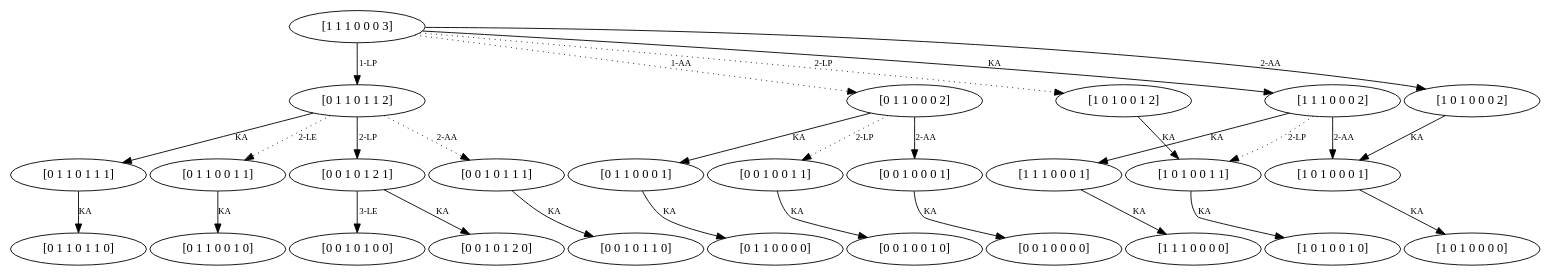
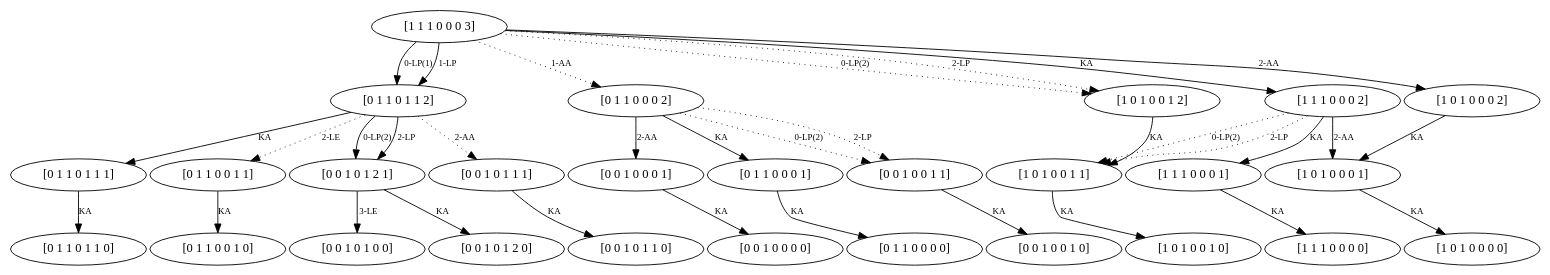
Before and after one commit to rb4k/MA-DP: the diagram in Bilder/beispiel9.gv, drawn with Graphviz. The commit also changed 7 other files, not shown here.

```diff
--- a/Bilder/beispiel9.gv
+++ b/Bilder/beispiel9.gv
@@ -12,7 +12,7 @@
 		stock="[0 1 1]",
 		time=1,
 		value=0.0];
-	521 -> 520 [key=0,
+	521 -> 520 [key=KA,
 	goal="[0 1 1 0 1 1 0]",
 	label=KA,
 	modus=KA,
@@ -24,8 +24,8 @@
 	label="[0 1 1 0 1 1 2]",
 	stock="[0 1 1]",
 	time=2,
-	value=450.0];
-522 -> 521 [key=0,
+	value=1050.0];
+522 -> 521 [key=KA,
 goal="[0 1 1 0 1 1 1]",
 label=KA,
 modus=KA,
@@ -52,6 +52,14 @@
 stock="[0 1 2]",
 time=1,
 value=1500.0];
+522 -> 733 [key=0,
+goal="[0 0 1 0 1 2 1]",
+label="0-LP(2)",
+modus=LP,
+revenue=0,
+time=2,
+weight=1500.0,
+weight_goal=1500.0];
 522 -> 733 [key=2,
 goal="[0 0 1 0 1 2 1]",
 label="2-LP",
@@ -79,7 +87,7 @@
 stock="[0 0 1]",
 time=0,
 value=0.0];
-533 -> 532 [key=0,
+533 -> 532 [key=KA,
 goal="[0 1 1 0 0 1 0]",
 label=KA,
 modus=KA,
@@ -87,12 +95,141 @@
 time=1,
 weight=0,
 weight_goal=0.0];
+536 [capacity="[0 1 1]",
+label="[0 1 1 0 0 0 0]",
+stock="[0 0 0]",
+time=0,
+value=0.0];
+537 [capacity="[0 1 1]",
+label="[0 1 1 0 0 0 1]",
+stock="[0 0 0]",
+time=1,
+value=0.0];
+537 -> 536 [key=KA,
+goal="[0 1 1 0 0 0 0]",
+label=KA,
+modus=KA,
+revenue=0,
+time=1,
+weight=0,
+weight_goal=0.0];
+538 [capacity="[0 1 1]",
+label="[0 1 1 0 0 0 2]",
+stock="[0 0 0]",
+time=2,
+value=60.0];
+538 -> 537 [key=KA,
+goal="[0 1 1 0 0 0 1]",
+label=KA,
+modus=KA,
+revenue=0,
+time=2,
+weight=0,
+weight_goal=0.0];
+749 [capacity="[0 0 1]",
+label="[0 0 1 0 0 1 1]",
+stock="[0 0 1]",
+time=1,
+value=0.0];
+538 -> 749 [key=0,
+goal="[0 0 1 0 0 1 1]",
+label="0-LP(2)",
+modus=LP,
+revenue=0,
+style=dotted,
+time=2,
+weight=0,
+weight_goal=0.0];
+538 -> 749 [key=2,
+goal="[0 0 1 0 0 1 1]",
+label="2-LP",
+modus=LP,
+revenue=0,
+style=dotted,
+time=2,
+weight=0,
+weight_goal=0.0];
+753 [capacity="[0 0 1]",
+label="[0 0 1 0 0 0 1]",
+stock="[0 0 0]",
+time=1,
+value=0.0];
+538 -> 753 [key=2,
+goal="[0 0 1 0 0 0 1]",
+label="2-AA",
+modus=AA,
+revenue=200,
+time=2,
+weight=200.0,
+weight_goal=0.0];
+316 [capacity="[1 0 1]",
+label="[1 0 1 0 0 1 0]",
+stock="[0 0 1]",
+time=0,
+value=0.0];
+317 [capacity="[1 0 1]",
+label="[1 0 1 0 0 1 1]",
+stock="[0 0 1]",
+time=1,
+value=0.0];
+317 -> 316 [key=KA,
+goal="[1 0 1 0 0 1 0]",
+label=KA,
+modus=KA,
+revenue=0,
+time=1,
+weight=0,
+weight_goal=0.0];
+318 [capacity="[1 0 1]",
+label="[1 0 1 0 0 1 2]",
+stock="[0 0 1]",
+time=2,
+value=0.0];
+318 -> 317 [key=KA,
+goal="[1 0 1 0 0 1 1]",
+label=KA,
+modus=KA,
+revenue=0,
+time=2,
+weight=0,
+weight_goal=0.0];
+320 [capacity="[1 0 1]",
+label="[1 0 1 0 0 0 0]",
+stock="[0 0 0]",
+time=0,
+value=0.0];
+321 [capacity="[1 0 1]",
+label="[1 0 1 0 0 0 1]",
+stock="[0 0 0]",
+time=1,
+value=0.0];
+321 -> 320 [key=KA,
+goal="[1 0 1 0 0 0 0]",
+label=KA,
+modus=KA,
+revenue=0,
+time=1,
+weight=0,
+weight_goal=0.0];
+322 [capacity="[1 0 1]",
+label="[1 0 1 0 0 0 2]",
+stock="[0 0 0]",
+time=2,
+value=0.0];
+322 -> 321 [key=KA,
+goal="[1 0 1 0 0 0 1]",
+label=KA,
+modus=KA,
+revenue=0,
+time=2,
+weight=0,
+weight_goal=0.0];
 732 [capacity="[0 0 1]",
 label="[0 0 1 0 1 2 0]",
 stock="[0 1 2]",
 time=0,
 value=0.0];
-733 -> 732 [key=0,
+733 -> 732 [key=KA,
 goal="[0 0 1 0 1 2 0]",
 label=KA,
 modus=KA,
@@ -118,158 +255,12 @@
 stock="[0 1 1]",
 time=0,
 value=0.0];
-737 -> 736 [key=0,
+737 -> 736 [key=KA,
 goal="[0 0 1 0 1 1 0]",
 label=KA,
 modus=KA,
 revenue=0,
 time=1,
-weight=0,
-weight_goal=0.0];
-536 [capacity="[0 1 1]",
-label="[0 1 1 0 0 0 0]",
-stock="[0 0 0]",
-time=0,
-value=0.0];
-537 [capacity="[0 1 1]",
-label="[0 1 1 0 0 0 1]",
-stock="[0 0 0]",
-time=1,
-value=0.0];
-537 -> 536 [key=0,
-goal="[0 1 1 0 0 0 0]",
-label=KA,
-modus=KA,
-revenue=0,
-time=1,
-weight=0,
-weight_goal=0.0];
-538 [capacity="[0 1 1]",
-label="[0 1 1 0 0 0 2]",
-stock="[0 0 0]",
-time=2,
-value=60.0];
-538 -> 537 [key=0,
-goal="[0 1 1 0 0 0 1]",
-label=KA,
-modus=KA,
-revenue=0,
-time=2,
-weight=0,
-weight_goal=0.0];
-749 [capacity="[0 0 1]",
-label="[0 0 1 0 0 1 1]",
-stock="[0 0 1]",
-time=1,
-value=0.0];
-538 -> 749 [key=2,
-goal="[0 0 1 0 0 1 1]",
-label="2-LP",
-modus=LP,
-revenue=0,
-style=dotted,
-time=2,
-weight=0,
-weight_goal=0.0];
-753 [capacity="[0 0 1]",
-label="[0 0 1 0 0 0 1]",
-stock="[0 0 0]",
-time=1,
-value=0.0];
-538 -> 753 [key=2,
-goal="[0 0 1 0 0 0 1]",
-label="2-AA",
-modus=AA,
-revenue=200,
-time=2,
-weight=200.0,
-weight_goal=0.0];
-748 [capacity="[0 0 1]",
-label="[0 0 1 0 0 1 0]",
-stock="[0 0 1]",
-time=0,
-value=0.0];
-749 -> 748 [key=0,
-goal="[0 0 1 0 0 1 0]",
-label=KA,
-modus=KA,
-revenue=0,
-time=1,
-weight=0,
-weight_goal=0.0];
-752 [capacity="[0 0 1]",
-label="[0 0 1 0 0 0 0]",
-stock="[0 0 0]",
-time=0,
-value=0.0];
-753 -> 752 [key=0,
-goal="[0 0 1 0 0 0 0]",
-label=KA,
-modus=KA,
-revenue=0,
-time=1,
-weight=0,
-weight_goal=0.0];
-316 [capacity="[1 0 1]",
-label="[1 0 1 0 0 1 0]",
-stock="[0 0 1]",
-time=0,
-value=0.0];
-317 [capacity="[1 0 1]",
-label="[1 0 1 0 0 1 1]",
-stock="[0 0 1]",
-time=1,
-value=0.0];
-317 -> 316 [key=0,
-goal="[1 0 1 0 0 1 0]",
-label=KA,
-modus=KA,
-revenue=0,
-time=1,
-weight=0,
-weight_goal=0.0];
-318 [capacity="[1 0 1]",
-label="[1 0 1 0 0 1 2]",
-stock="[0 0 1]",
-time=2,
-value=0.0];
-318 -> 317 [key=0,
-goal="[1 0 1 0 0 1 1]",
-label=KA,
-modus=KA,
-revenue=0,
-time=2,
-weight=0,
-weight_goal=0.0];
-320 [capacity="[1 0 1]",
-label="[1 0 1 0 0 0 0]",
-stock="[0 0 0]",
-time=0,
-value=0.0];
-321 [capacity="[1 0 1]",
-label="[1 0 1 0 0 0 1]",
-stock="[0 0 0]",
-time=1,
-value=0.0];
-321 -> 320 [key=0,
-goal="[1 0 1 0 0 0 0]",
-label=KA,
-modus=KA,
-revenue=0,
-time=1,
-weight=0,
-weight_goal=0.0];
-322 [capacity="[1 0 1]",
-label="[1 0 1 0 0 0 2]",
-stock="[0 0 0]",
-time=2,
-value=0.0];
-322 -> 321 [key=0,
-goal="[1 0 1 0 0 0 1]",
-label=KA,
-modus=KA,
-revenue=0,
-time=2,
 weight=0,
 weight_goal=0.0];
 104 [capacity="[1 1 1]",
@@ -282,7 +273,7 @@
 stock="[0 0 0]",
 time=1,
 value=0.0];
-105 -> 104 [key=0,
+105 -> 104 [key=KA,
 goal="[1 1 1 0 0 0 0]",
 label=KA,
 modus=KA,
@@ -295,6 +286,15 @@
 stock="[0 0 0]",
 time=2,
 value=60.0];
+106 -> 317 [key=0,
+goal="[1 0 1 0 0 1 1]",
+label="0-LP(2)",
+modus=LP,
+revenue=0,
+style=dotted,
+time=2,
+weight=0,
+weight_goal=0.0];
 106 -> 317 [key=2,
 goal="[1 0 1 0 0 1 1]",
 label="2-LP",
@@ -312,7 +312,7 @@
 time=2,
 weight=200.0,
 weight_goal=0.0];
-106 -> 105 [key=0,
+106 -> 105 [key=KA,
 goal="[1 1 1 0 0 0 1]",
 label=KA,
 modus=KA,
@@ -324,15 +324,23 @@
 label="[1 1 1 0 0 0 3]",
 stock="[0 0 0]",
 time=3,
-value=219.0];
+value=498.0];
+107 -> 522 [key=0,
+goal="[0 1 1 0 1 1 2]",
+label="0-LP(1)",
+modus=LP,
+revenue=0,
+time=3,
+weight=990.0,
+weight_goal=1050.0];
 107 -> 522 [key=1,
 goal="[0 1 1 0 1 1 2]",
 label="1-LP",
 modus=LP,
 revenue=0,
 time=3,
-weight=390.0,
-weight_goal=450.0];
+weight=990.0,
+weight_goal=1050.0];
 107 -> 538 [key=1,
 goal="[0 1 1 0 0 0 2]",
 label="1-AA",
@@ -342,6 +350,15 @@
 time=3,
 weight=0,
 weight_goal=60.0];
+107 -> 318 [key=0,
+goal="[1 0 1 0 0 1 2]",
+label="0-LP(2)",
+modus=LP,
+revenue=0,
+style=dotted,
+time=3,
+weight=0,
+weight_goal=0.0];
 107 -> 318 [key=2,
 goal="[1 0 1 0 0 1 2]",
 label="2-LP",
@@ -359,7 +376,7 @@
 time=3,
 weight=140.0,
 weight_goal=0.0];
-107 -> 106 [key=0,
+107 -> 106 [key=KA,
 goal="[1 1 1 0 0 0 2]",
 label=KA,
 modus=KA,
@@ -367,4 +384,30 @@
 time=3,
 weight=0,
 weight_goal=60.0];
+748 [capacity="[0 0 1]",
+label="[0 0 1 0 0 1 0]",
+stock="[0 0 1]",
+time=0,
+value=0.0];
+749 -> 748 [key=KA,
+goal="[0 0 1 0 0 1 0]",
+label=KA,
+modus=KA,
+revenue=0,
+time=1,
+weight=0,
+weight_goal=0.0];
+752 [capacity="[0 0 1]",
+label="[0 0 1 0 0 0 0]",
+stock="[0 0 0]",
+time=0,
+value=0.0];
+753 -> 752 [key=KA,
+goal="[0 0 1 0 0 0 0]",
+label=KA,
+modus=KA,
+revenue=0,
+time=1,
+weight=0,
+weight_goal=0.0];
 }
```
